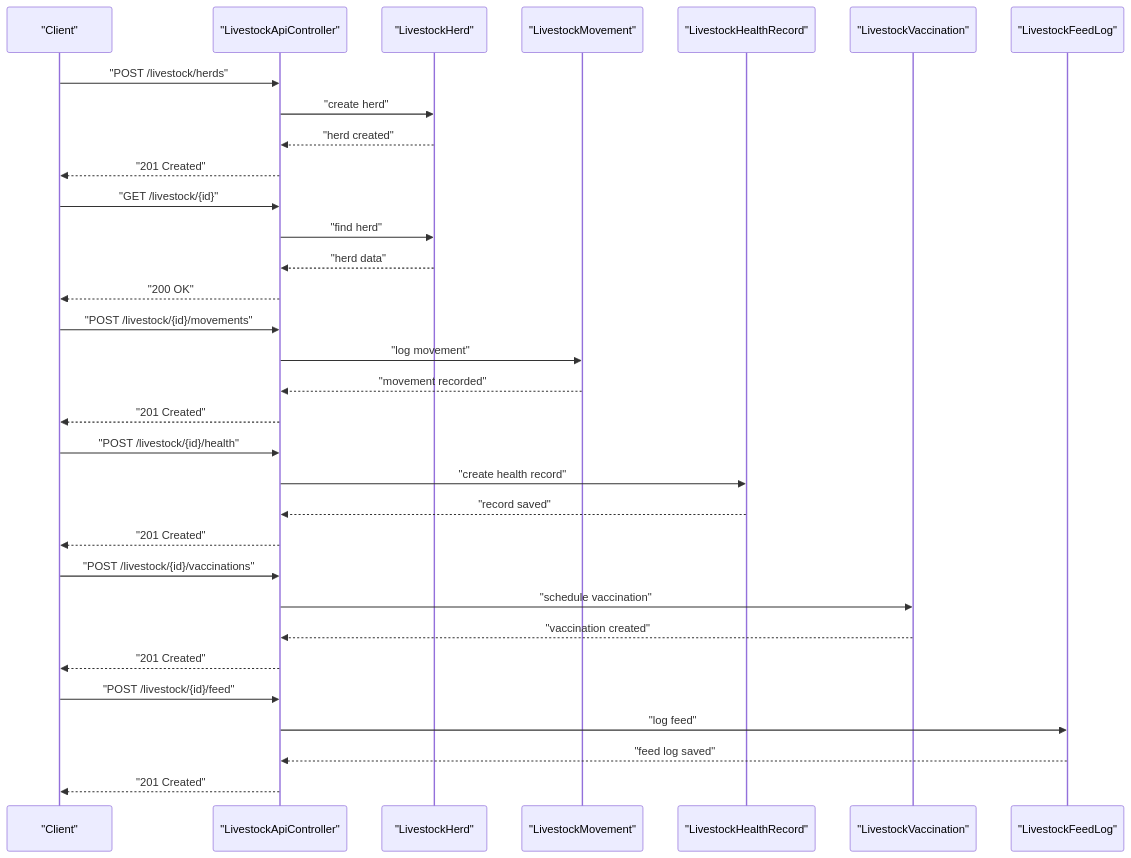
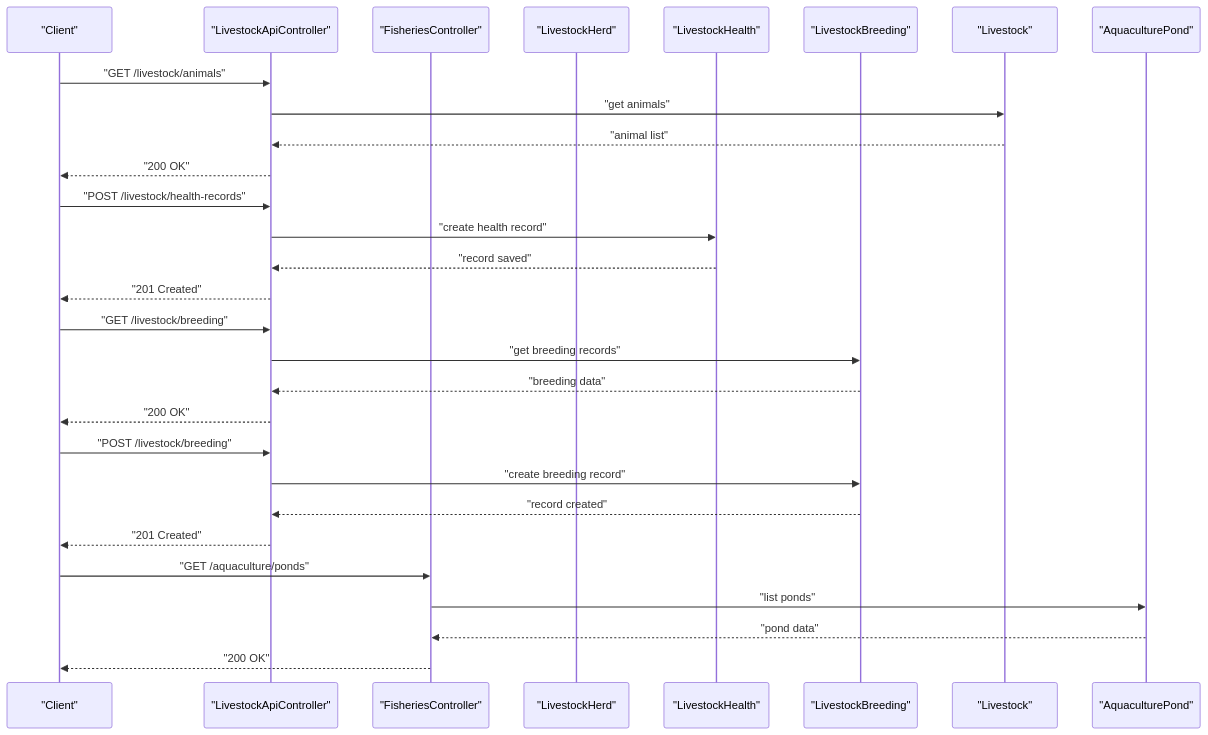
Before and after one commit to wahyudedik/qalcuityERP: the fourth of 14 diagrams in .qoder/repowiki/en/content/Industry-Specific Modules/Livestock & Agriculture Module/Livestock & Agriculture Module.md, drawn with Mermaid. The commit also changed other lines of this file and 626 other files, not shown here.

````diff
--- a/.qoder/repowiki/en/content/Industry-Specific Modules/Livestock & Agriculture Module/Livestock & Agriculture Module.md
+++ b/.qoder/repowiki/en/content/Industry-Specific Modules/Livestock & Agriculture Module/Livestock & Agriculture Module.md
@@ -296,34 +407,31 @@
 ```mermaid
 sequenceDiagram
 participant Client as "Client"
 participant API as "LivestockApiController"
+participant Fisheries as "FisheriesController"
 participant Herd as "LivestockHerd"
-participant Movement as "LivestockMovement"
-participant Health as "LivestockHealthRecord"
-participant Vaccine as "LivestockVaccination"
-participant Feed as "LivestockFeedLog"
-Client->>API : "POST /livestock/herds"
-API->>Herd : "create herd"
-Herd-->>API : "herd created"
-API-->>Client : "201 Created"
-Client->>API : "GET /livestock/{id}"
-API->>Herd : "find herd"
-Herd-->>API : "herd data"
+participant Health as "LivestockHealth"
+participant Breeding as "LivestockBreeding"
+participant Animal as "Livestock"
+participant Pond as "AquaculturePond"
+Client->>API : "GET /livestock/animals"
+API->>Animal : "get animals"
+Animal-->>API : "animal list"
 API-->>Client : "200 OK"
-Client->>API : "POST /livestock/{id}/movements"
-API->>Movement : "log movement"
-Movement-->>API : "movement recorded"
-API-->>Client : "201 Created"
-Client->>API : "POST /livestock/{id}/health"
+Client->>API : "POST /livestock/health-records"
 API->>Health : "create health record"
 Health-->>API : "record saved"
 API-->>Client : "201 Created"
-Client->>API : "POST /livestock/{id}/vaccinations"
-API->>Vaccine : "schedule vaccination"
-Vaccine-->>API : "vaccination created"
+Client->>API : "GET /livestock/breeding"
+API->>Breeding : "get breeding records"
+Breeding-->>API : "breeding data"
+API-->>Client : "200 OK"
+Client->>API : "POST /livestock/breeding"
+API->>Breeding : "create breeding record"
+Breeding-->>API : "record created"
 API-->>Client : "201 Created"
-Client->>API : "POST /livestock/{id}/feed"
-API->>Feed : "log feed"
-Feed-->>API : "feed log saved"
-API-->>Client : "201 Created"
+Client->>Fisheries : "GET /aquaculture/ponds"
+Fisheries->>Pond : "list ponds"
+Pond-->>Fisheries : "pond data"
+Fisheries-->>Client : "200 OK"
 ```
````
